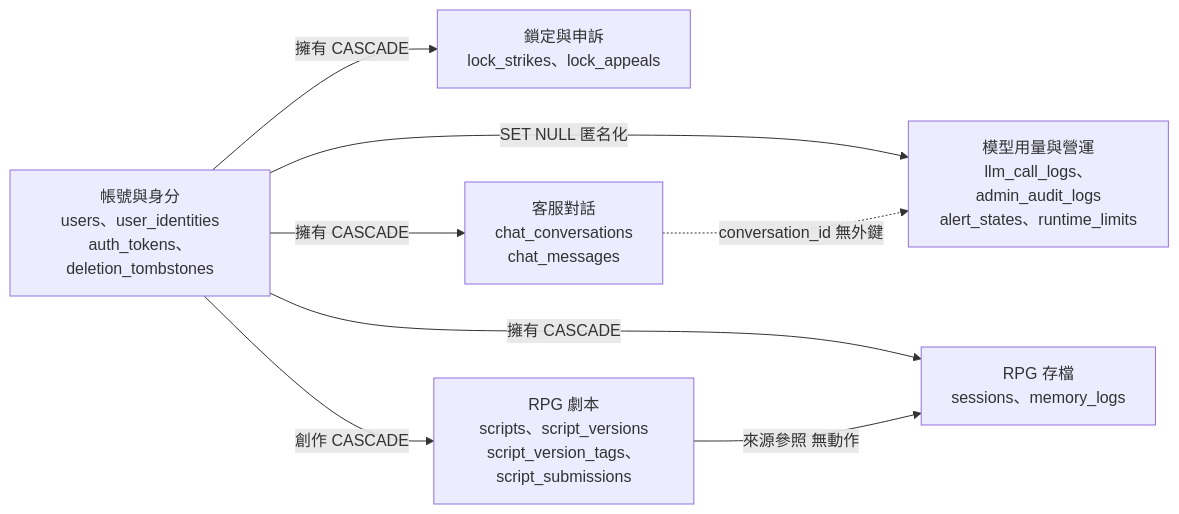
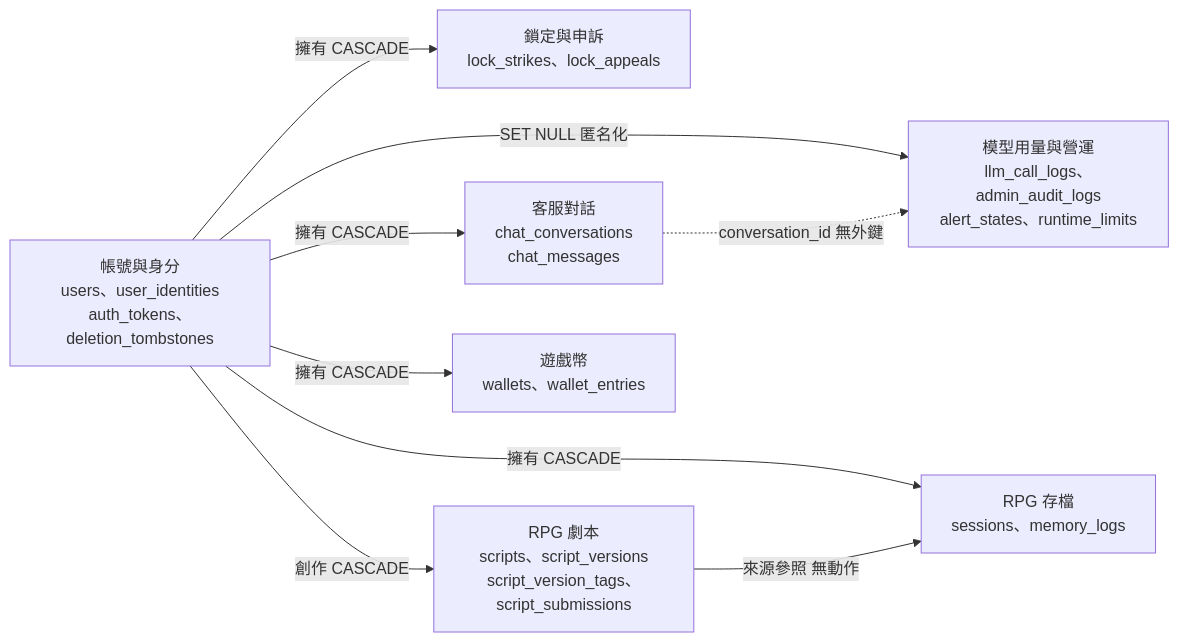
Before and after one commit to pp466pp466/R.A.C: the first of 11 diagrams in docs/project資料結構文件.md, drawn with Mermaid. The commit also changed other lines of this file and 84 other files, not shown here.

````diff
--- a/docs/project資料結構文件.md
+++ b/docs/project資料結構文件.md
@@ -27,16 +29,18 @@
 ```mermaid
 flowchart LR
     U["帳號與身分<br/>users、user_identities<br/>auth_tokens、deletion_tombstones"]
     L["鎖定與申訴<br/>lock_strikes、lock_appeals"]
     C["客服對話<br/>chat_conversations<br/>chat_messages"]
     O["模型用量與營運<br/>llm_call_logs、admin_audit_logs<br/>alert_states、runtime_limits"]
     S["RPG 劇本<br/>scripts、script_versions<br/>script_version_tags、script_submissions"]
     G["RPG 存檔<br/>sessions、memory_logs"]
+    W["遊戲幣<br/>wallets、wallet_entries"]
     U -->|"擁有 CASCADE"| L
     U -->|"擁有 CASCADE"| C
     U -->|"SET NULL 匿名化"| O
     U -->|"創作 CASCADE"| S
     U -->|"擁有 CASCADE"| G
+    U -->|"擁有 CASCADE"| W
     S -->|"來源參照 無動作"| G
     C -.->|"conversation_id 無外鍵"| O
 ```
````
